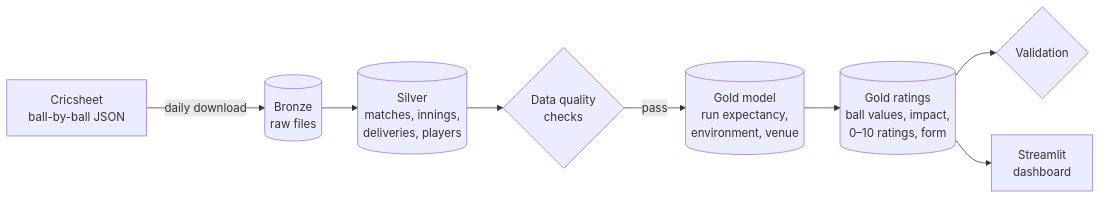
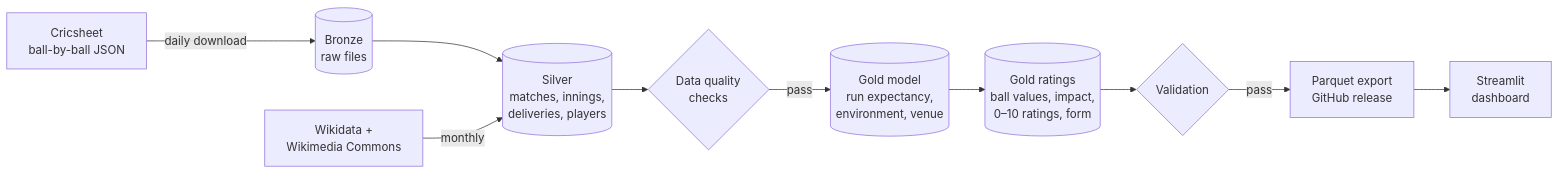
Before and after one commit to uditdayani/couchratings: the diagram in README.md, drawn with Mermaid. The commit also changed other lines of this file and 26 other files, not shown here.

````diff
--- a/README.md
+++ b/README.md
@@ -11,10 +11,12 @@
 ```mermaid
 flowchart LR
     C[Cricsheet<br/>ball-by-ball JSON] -->|daily download| B[(Bronze<br/>raw files)]
     B --> S[(Silver<br/>matches, innings,<br/>deliveries, players)]
     S --> Q{Data quality<br/>checks}
     Q -->|pass| G1[(Gold model<br/>run expectancy,<br/>environment, venue)]
     G1 --> G2[(Gold ratings<br/>ball values, impact,<br/>0–10 ratings, form)]
     G2 --> V{Validation}
-    G2 --> D[Streamlit<br/>dashboard]
+    V -->|pass| P[Parquet export<br/>GitHub release]
+    P --> D[Streamlit<br/>dashboard]
+    W[Wikidata +<br/>Wikimedia Commons] -->|monthly| S
 ```
````
